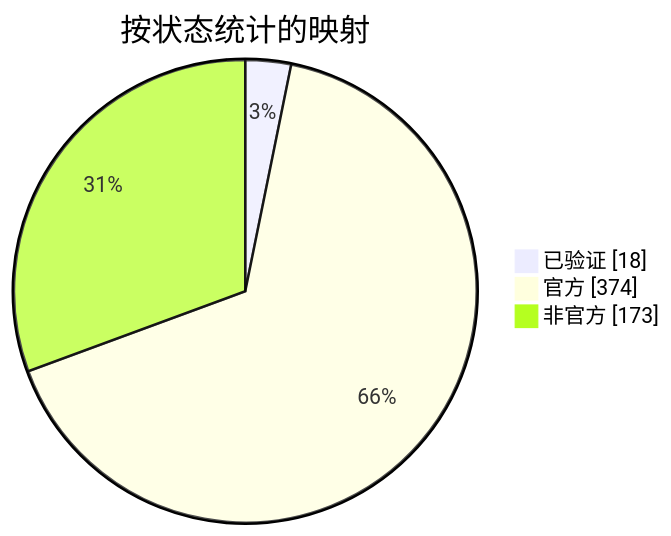
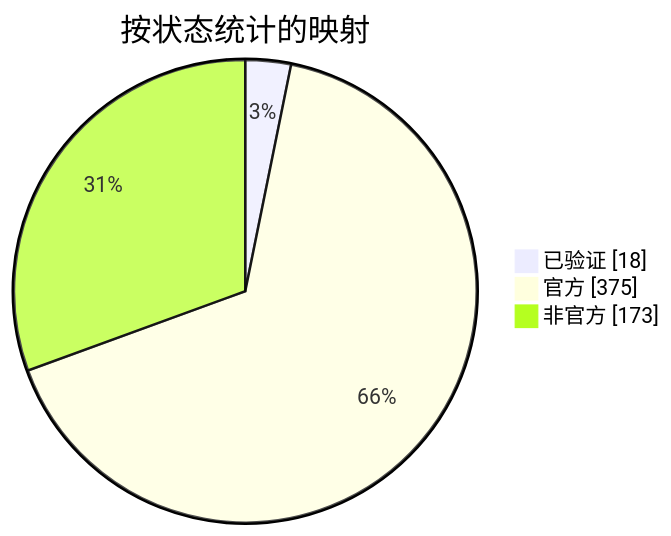
The diagram in docs/readme/README_ZHS.md (nobrega8/mbmap-library), drawn with Mermaid before and after one commit. The commit also changed 6 other files, not shown here.

````diff
--- a/docs/readme/README_ZHS.md
+++ b/docs/readme/README_ZHS.md
@@ -54,7 +54,7 @@
 ```mermaid
 pie showData
     title 按状态统计的映射
     "已验证" : 18
-    "官方" : 374
+    "官方" : 375
     "非官方" : 173
 ```
````
